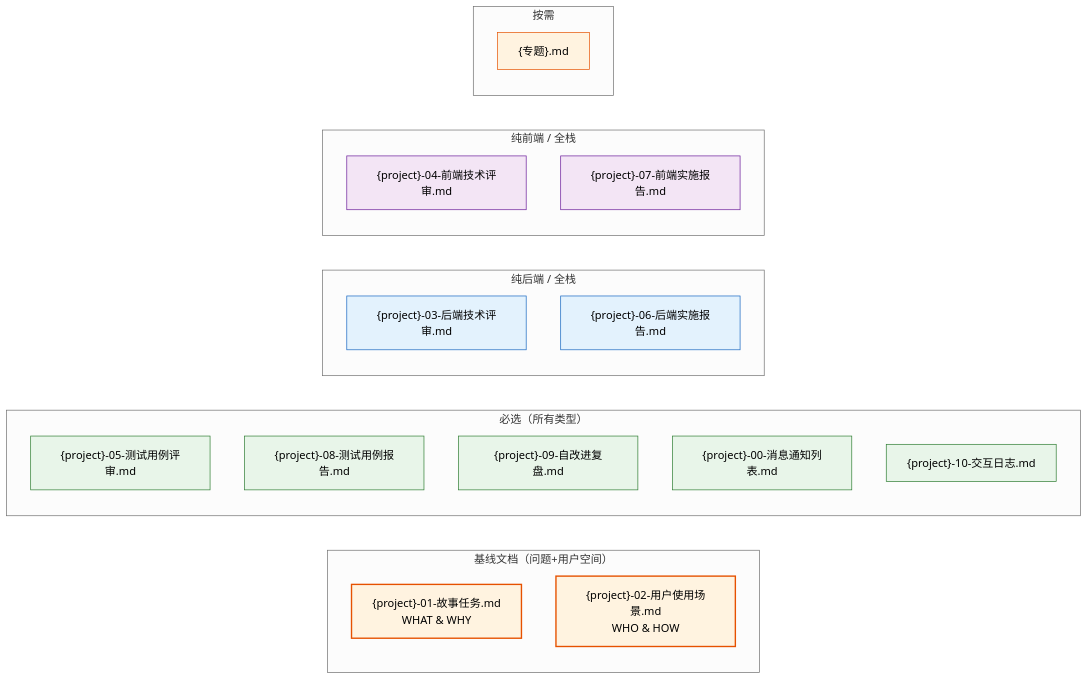
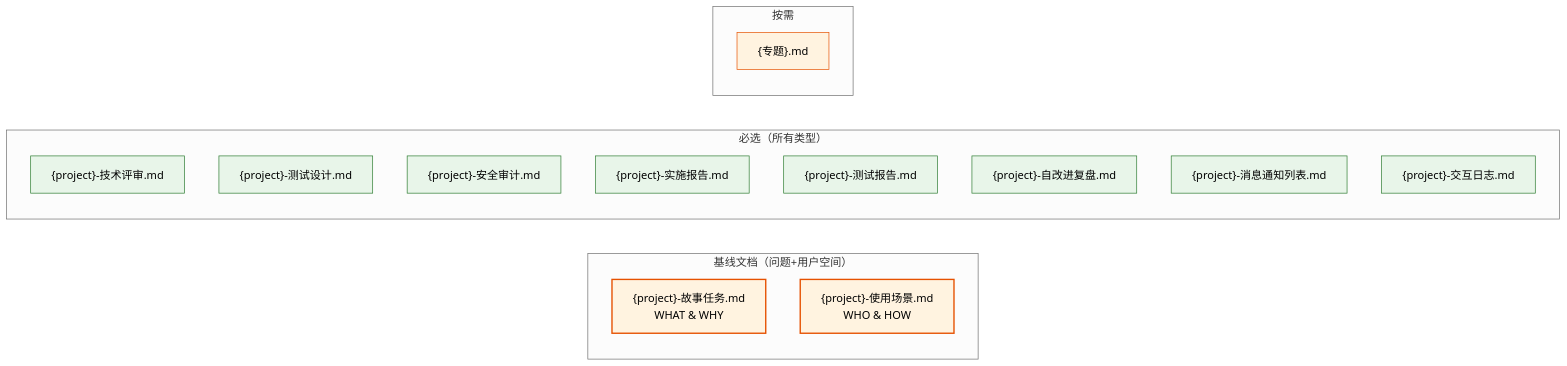
The first of 5 diagrams in skills/rui/coder.md (effiy/YrY), drawn with Mermaid (neutral theme) before and after one commit. The commit also changed other lines of this file and 90 other files, not shown here.

````diff
--- a/skills/rui/coder.md
+++ b/skills/rui/coder.md
@@ -18,31 +18,24 @@
 ```mermaid
 flowchart LR
     subgraph 基线["基线文档（问题+用户空间）"]
-        B1["{project}-01-故事任务.md<br/>WHAT & WHY"]:::baseline
-        B7["{project}-02-用户使用场景.md<br/>WHO & HOW"]:::baseline
+        B1["{project}-故事任务.md<br/>WHAT & WHY"]:::baseline
+        B2["{project}-使用场景.md<br/>WHO & HOW"]:::baseline
     end
     subgraph 必选["必选（所有类型）"]
-        B2["{project}-05-测试用例评审.md"]:::must
-        B3["{project}-08-测试用例报告.md"]:::must
-        B4["{project}-09-自改进复盘.md"]:::must
-        B5["{project}-00-消息通知列表.md"]:::must
-        B6["{project}-10-交互日志.md"]:::must
-    end
-    subgraph 后端["纯后端 / 全栈"]
-        C1["{project}-03-后端技术评审.md"]:::be
-        C2["{project}-06-后端实施报告.md"]:::be
-    end
-    subgraph 前端["纯前端 / 全栈"]
-        D1["{project}-04-前端技术评审.md"]:::fe
-        D2["{project}-07-前端实施报告.md"]:::fe
+        C1["{project}-技术评审.md"]:::must
+        C2["{project}-测试设计.md"]:::must
+        C3["{project}-安全审计.md"]:::must
+        C4["{project}-实施报告.md"]:::must
+        C5["{project}-测试报告.md"]:::must
+        C6["{project}-自改进复盘.md"]:::must
+        C7["{project}-消息通知列表.md"]:::must
+        C8["{project}-交互日志.md"]:::must
     end
     subgraph 补充["按需"]
         E1["{专题}.md"]:::supp
     end
 
     classDef baseline fill:#fff3e0,stroke:#e65100,stroke-width:2px;
     classDef must fill:#e8f5e9,stroke:#2e7d32;
-    classDef be fill:#e3f2fd,stroke:#1565c0;
-    classDef fe fill:#f3e5f5,stroke:#6a1b9a;
     classDef supp fill:#fff3e0,stroke:#e65100;
 ```
````
